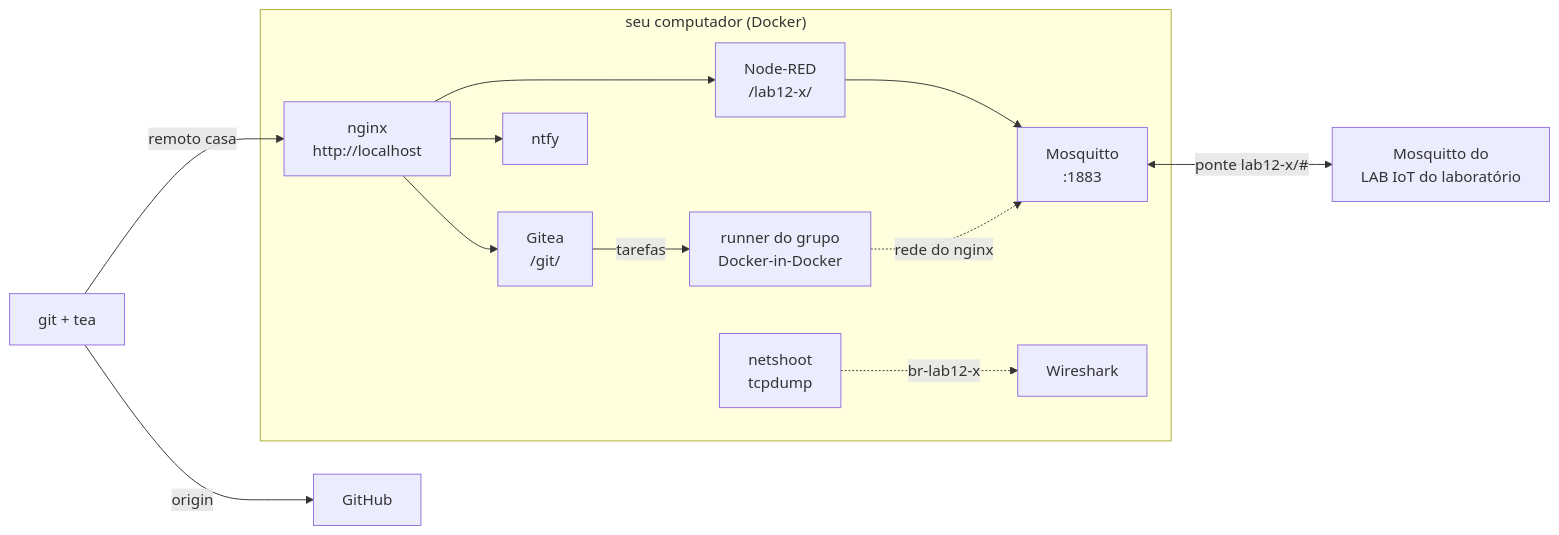
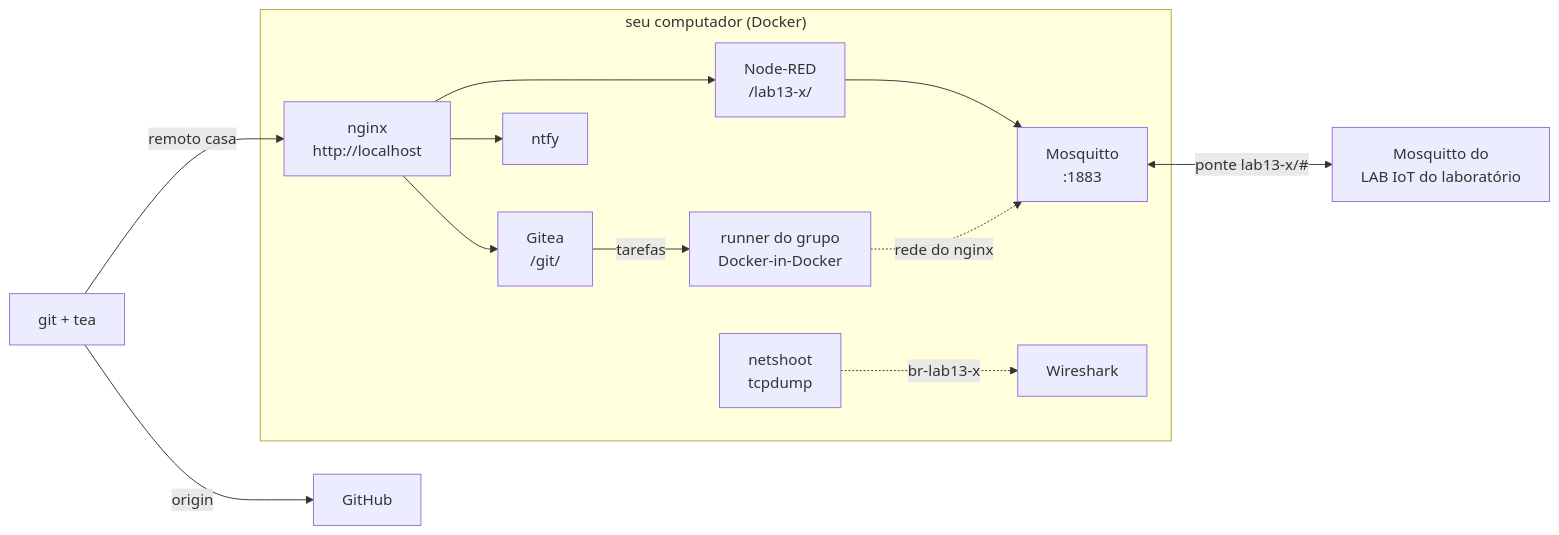
Before and after one commit to ruseleredu/iiot-docs: the diagram in labs-docs/LAB13.mdx, drawn with Mermaid. The commit also changed other lines of this file, not shown here.

First line of the commit message:
Atualiza referências do LAB 13

````diff
--- a/labs-docs/LAB13.mdx
+++ b/labs-docs/LAB13.mdx
@@ -46,15 +46,15 @@
 ```mermaid
 flowchart LR
   subgraph PC["seu computador (Docker)"]
-    N["nginx<br/>http://localhost"] --> NR["Node-RED<br/>/lab12-x/"]
+    N["nginx<br/>http://localhost"] --> NR["Node-RED<br/>/lab13-x/"]
     N --> G["Gitea<br/>/git/"]
     N --> NT["ntfy"]
     NR --> M["Mosquitto<br/>:1883"]
     G -- "tarefas" --> R["runner do grupo<br/>Docker-in-Docker"]
     R -. "rede do nginx" .-> M
-    NS["netshoot<br/>tcpdump"] -. "br-lab12-x" .-> W["Wireshark"]
+    NS["netshoot<br/>tcpdump"] -. "br-lab13-x" .-> W["Wireshark"]
   end
   GIT["git + tea"] -- "remoto casa" --> N
   GIT -- "origin" --> GH["GitHub"]
-  M <-- "ponte lab12-x/#" --> ML["Mosquitto do<br/>LAB IoT do laboratório"]
+  M <-- "ponte lab13-x/#" --> ML["Mosquitto do<br/>LAB IoT do laboratório"]
 ```
````
